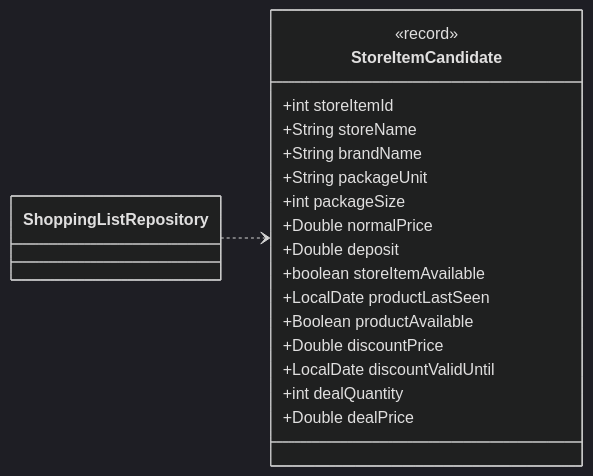
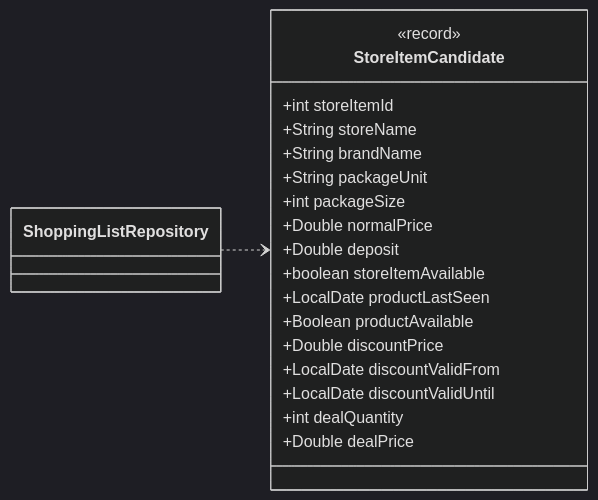
Diagram 13 of 14 in docs/classes/shopping.md (Nate-ryan-7690/dahaem), drawn with Mermaid (dark theme) before and after one commit. The commit also changed other lines of this file and 27 other files, not shown here.

````diff
--- a/docs/classes/shopping.md
+++ b/docs/classes/shopping.md
@@ -510,23 +649,24 @@
 ```mermaid
 classDiagram
     direction LR
     class shopping_StoreItemCandidate["StoreItemCandidate"] {
         <<record>>
         +int storeItemId
         +String storeName
         +String brandName
         +String packageUnit
         +int packageSize
         +Double normalPrice
         +Double deposit
         +boolean storeItemAvailable
         +LocalDate productLastSeen
         +Boolean productAvailable
         +Double discountPrice
+        +LocalDate discountValidFrom
         +LocalDate discountValidUntil
         +int dealQuantity
         +Double dealPrice
     }
     class shopping_ShoppingListRepository["ShoppingListRepository"]
     shopping_ShoppingListRepository ..> shopping_StoreItemCandidate
 ```
````
